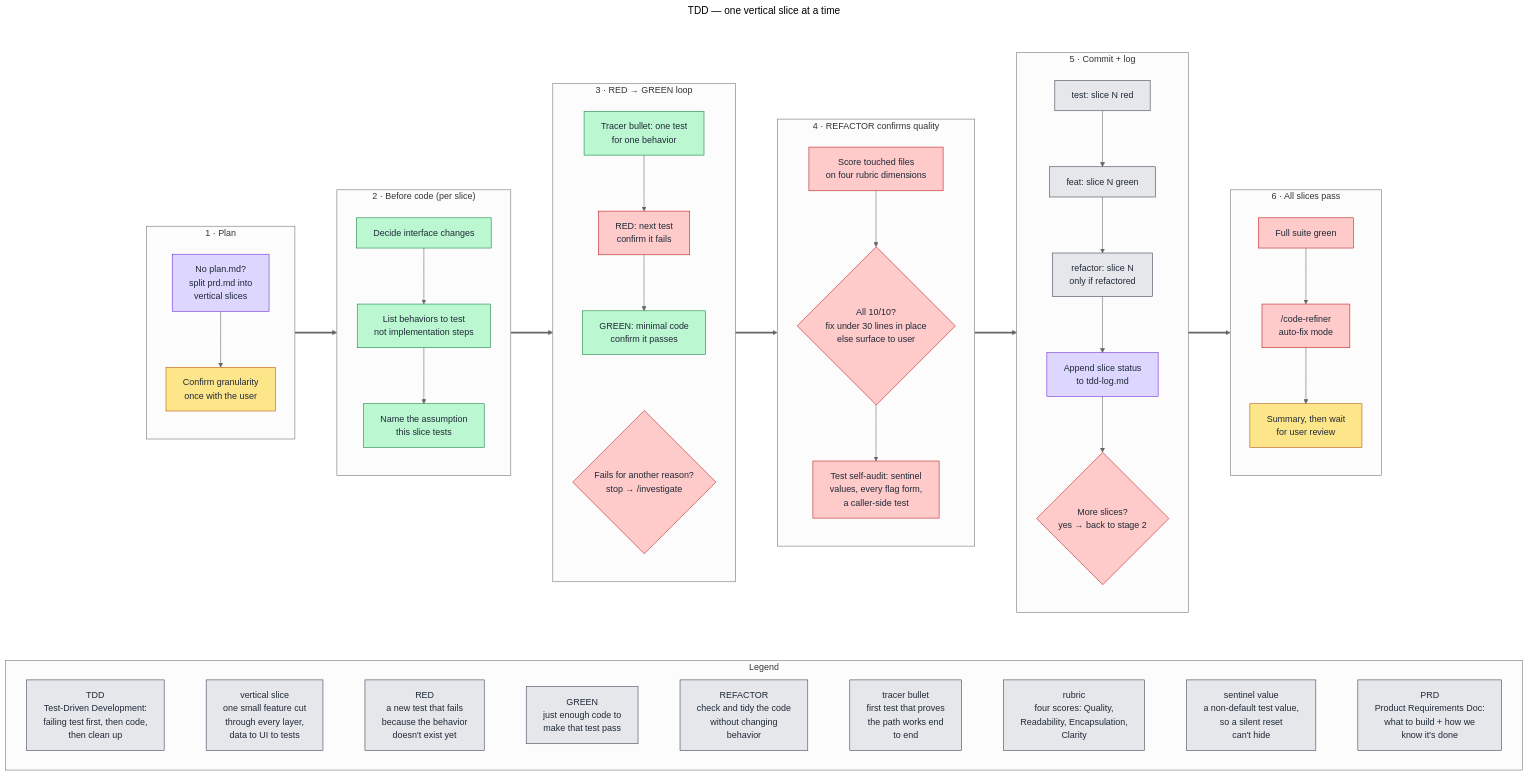
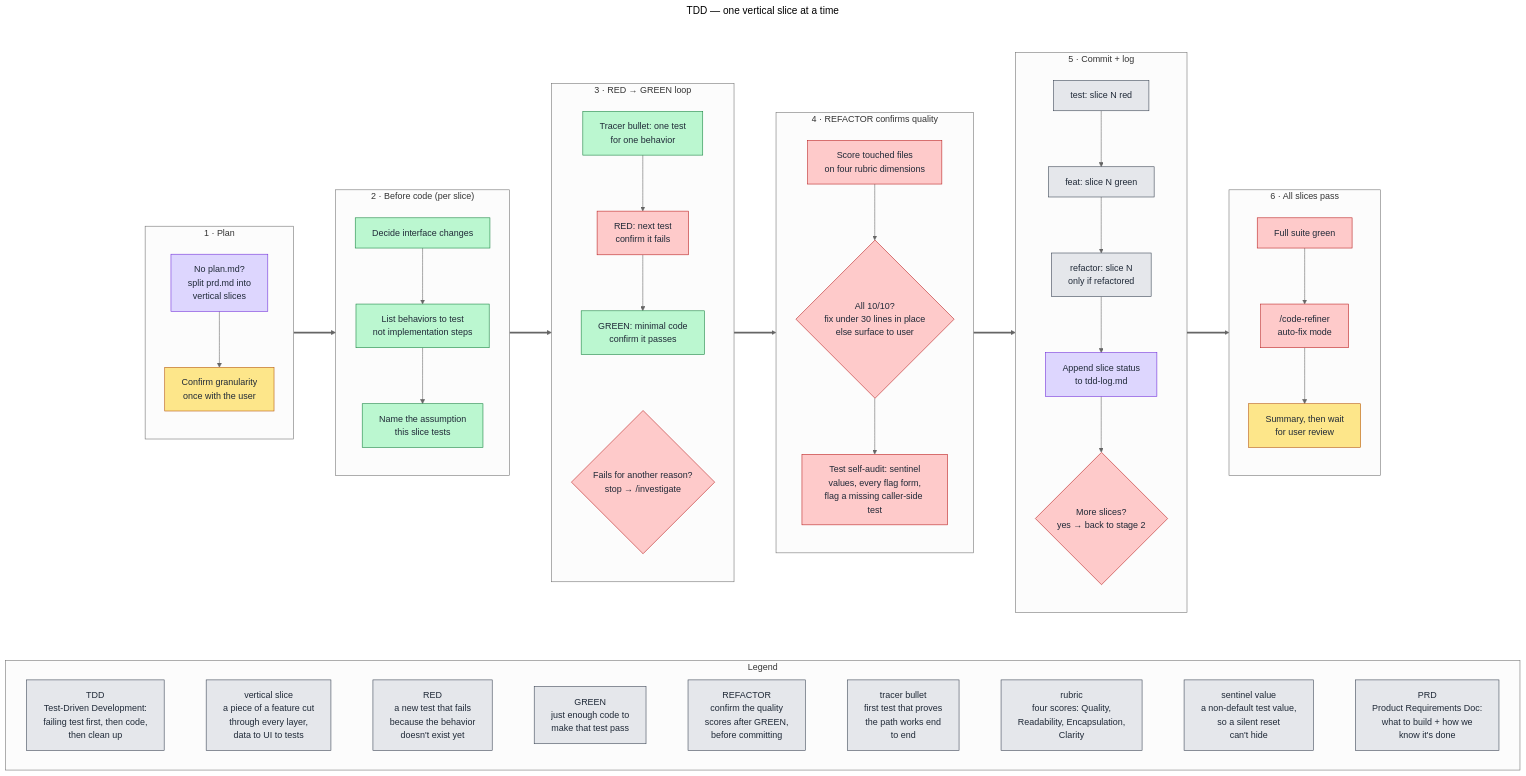
Before and after one commit to victusfate/scaffold: the diagram in docs/diagrams/src/tdd.mmd, drawn with Mermaid (neutral theme). The commit also changed 3 other files, not shown here.

Commit message:
docs(diagrams): correct tdd, feature-chain against their sources

```diff
--- a/docs/diagrams/src/tdd.mmd
+++ b/docs/diagrams/src/tdd.mmd
@@ -1,87 +1,87 @@
 ---
 title: TDD — one vertical slice at a time
 ---
 flowchart TB
   classDef owner fill:#fde68a,stroke:#b45309,color:#1f2937
   classDef orch fill:#bfdbfe,stroke:#1d4ed8,color:#1f2937
   classDef state fill:#ddd6fe,stroke:#6d28d9,color:#1f2937
   classDef lane fill:#bbf7d0,stroke:#15803d,color:#1f2937
   classDef git fill:#e5e7eb,stroke:#374151,color:#1f2937
   classDef gate fill:#fecaca,stroke:#b91c1c,color:#1f2937
 
   %% Edges run between stage subgraphs (not inner nodes) so each stage keeps
   %% its own top-to-bottom direction and the whole image stays landscape.
 
   subgraph FLOW[" "]
   direction LR
 
   subgraph PLAN["1 · Plan"]
     direction TB
     P1["No plan.md?<br/>split prd.md into<br/>vertical slices"]:::state
     P2["Confirm granularity<br/>once with the user"]:::owner
     P1 --> P2
   end
 
   subgraph PREP["2 · Before code (per slice)"]
     direction TB
     B1["Decide interface changes"]:::lane
     B2["List behaviors to test<br/>not implementation steps"]:::lane
     B3["Name the assumption<br/>this slice tests"]:::lane
     B1 --> B2 --> B3
   end
 
   subgraph LOOP["3 · RED → GREEN loop"]
     direction TB
     R1["Tracer bullet: one test<br/>for one behavior"]:::lane
     R2["RED: next test<br/>confirm it fails"]:::gate
     R3["GREEN: minimal code<br/>confirm it passes"]:::lane
     R4{"Fails for another reason?<br/>stop → /investigate"}:::gate
     R1 --> R2 --> R3
     R3 ~~~ R4
   end
 
   subgraph REFACTOR["4 · REFACTOR confirms quality"]
     direction TB
     Q1["Score touched files<br/>on four rubric dimensions"]:::gate
     Q2{"All 10/10?<br/>fix under 30 lines in place<br/>else surface to user"}:::gate
-    Q3["Test self-audit: sentinel<br/>values, every flag form,<br/>a caller-side test"]:::gate
+    Q3["Test self-audit: sentinel<br/>values, every flag form,<br/>flag a missing caller-side test"]:::gate
     Q1 --> Q2 --> Q3
   end
 
   subgraph RECORD["5 · Commit + log"]
     direction TB
     C1["test: slice N red"]:::git
     C2["feat: slice N green"]:::git
     C3["refactor: slice N<br/>only if refactored"]:::git
     C4["Append slice status<br/>to tdd-log.md"]:::state
     C5{"More slices?<br/>yes → back to stage 2"}:::gate
     C1 --> C2 --> C3 --> C4 --> C5
   end
 
   subgraph DONE["6 · All slices pass"]
     direction TB
     F1["Full suite green"]:::gate
     F2["/code-refiner<br/>auto-fix mode"]:::gate
     F3["Summary, then wait<br/>for user review"]:::owner
     F1 --> F2 --> F3
   end
 
   PLAN ==> PREP ==> LOOP ==> REFACTOR ==> RECORD ==> DONE
   end
   style FLOW fill:none,stroke:none
 
   subgraph LEGEND["Legend"]
     direction LR
     L1["TDD<br/>Test-Driven Development:<br/>failing test first, then code,<br/>then clean up"]:::git
-    L2["vertical slice<br/>one small feature cut<br/>through every layer,<br/>data to UI to tests"]:::git
+    L2["vertical slice<br/>a piece of a feature cut<br/>through every layer,<br/>data to UI to tests"]:::git
     L3["RED<br/>a new test that fails<br/>because the behavior<br/>doesn't exist yet"]:::git
     L4["GREEN<br/>just enough code to<br/>make that test pass"]:::git
-    L5["REFACTOR<br/>check and tidy the code<br/>without changing<br/>behavior"]:::git
+    L5["REFACTOR<br/>confirm the quality<br/>scores after GREEN,<br/>before committing"]:::git
     L6["tracer bullet<br/>first test that proves<br/>the path works end<br/>to end"]:::git
     L7["rubric<br/>four scores: Quality,<br/>Readability, Encapsulation,<br/>Clarity"]:::git
     L8["sentinel value<br/>a non-default test value,<br/>so a silent reset<br/>can't hide"]:::git
     L9["PRD<br/>Product Requirements Doc:<br/>what to build + how we<br/>know it's done"]:::git
     L1 ~~~ L2 ~~~ L3 ~~~ L4 ~~~ L5 ~~~ L6 ~~~ L7 ~~~ L8 ~~~ L9
   end
 
   FLOW ~~~ LEGEND
```
